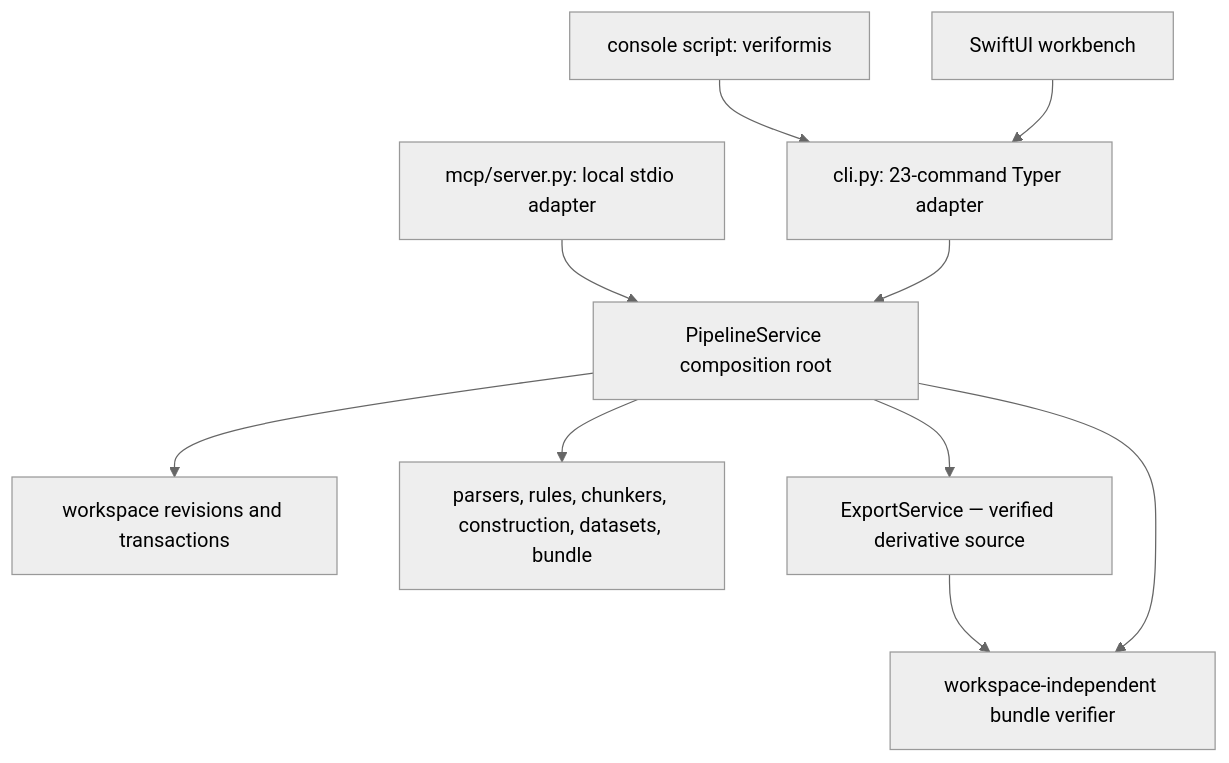
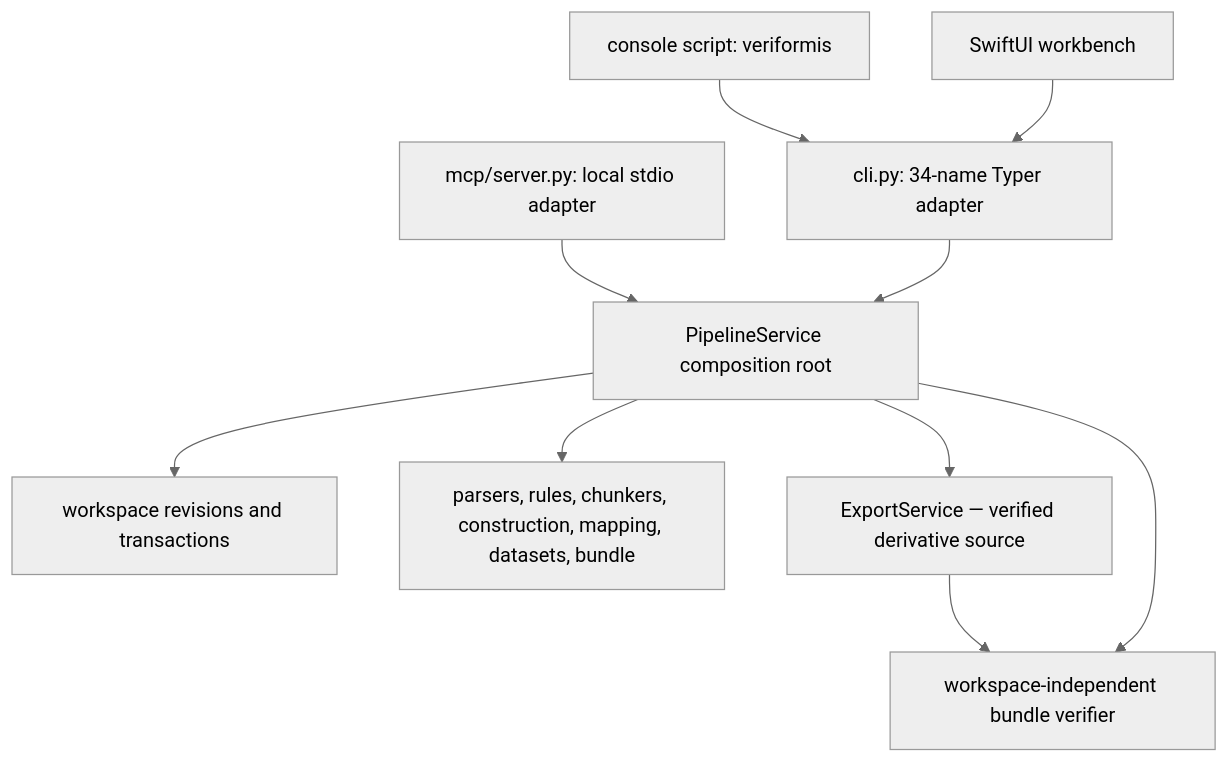
One commit to ogprotege/Veriformis changed the first of 2 diagrams in docs/architecture/entry-points.md. Above: the diagram before and after it, drawn with Mermaid (neutral theme). The commit also changed other lines of this file and 31 other files, not shown here.

````diff
--- a/docs/architecture/entry-points.md
+++ b/docs/architecture/entry-points.md
@@ -39,12 +44,12 @@
 ```mermaid
 flowchart TD
-    script["console script: veriformis"] --> cli["cli.py: 23-command Typer adapter"]
+    script["console script: veriformis"] --> cli["cli.py: 34-name Typer adapter"]
     mcp["mcp/server.py: local stdio adapter"] --> service["PipelineService composition root"]
     cli --> service
     mac["SwiftUI workbench"] --> cli
     service --> workspace["workspace revisions and transactions"]
-    service --> domains["parsers, rules, chunkers, construction, datasets, bundle"]
+    service --> domains["parsers, rules, chunkers, construction, mapping, datasets, bundle"]
     service --> exports["ExportService — verified derivative source"]
     exports --> verifier
     service --> verifier["workspace-independent bundle verifier"]
 ```
````
